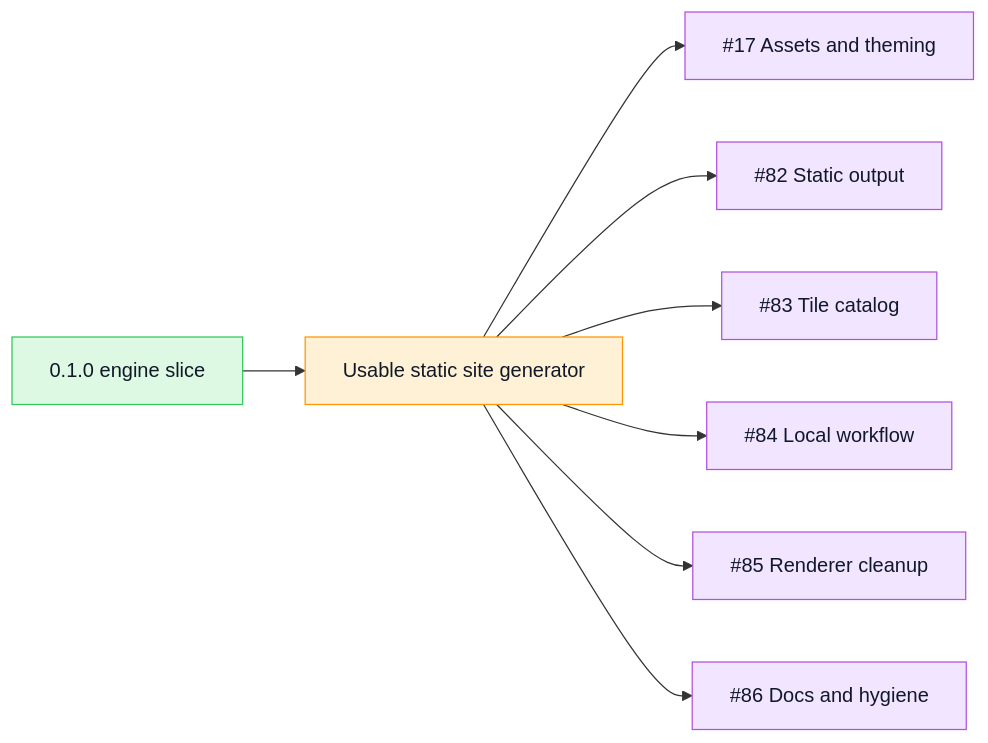
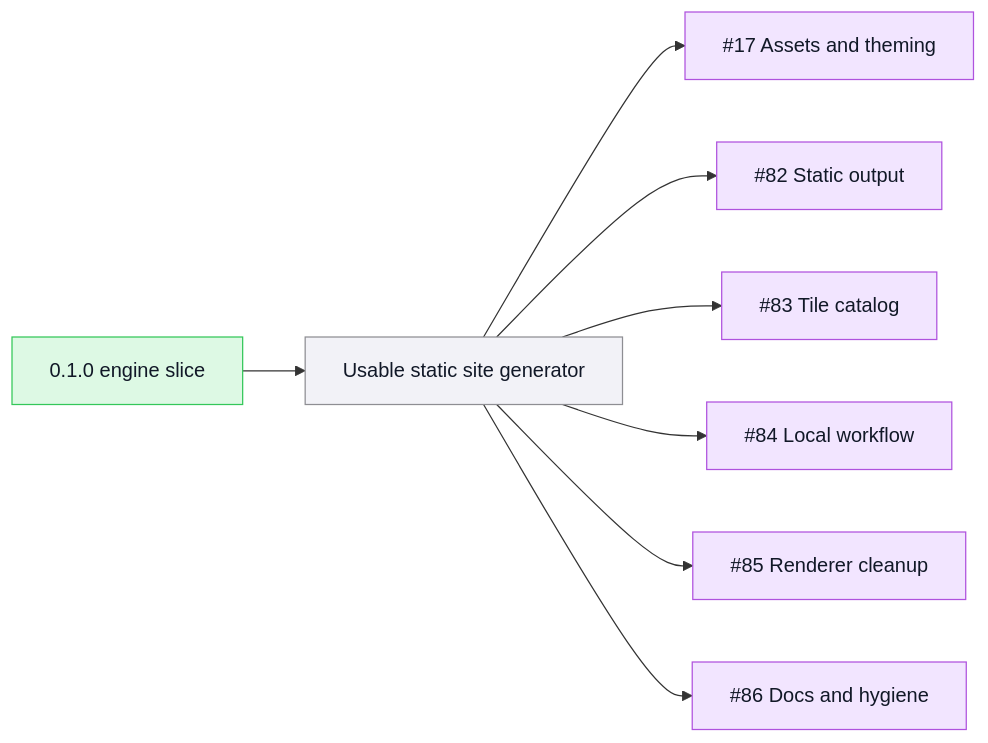
One commit to TileDown/tile-down changed the third of 9 diagrams in README.md. Above: the diagram before and after it, drawn with Mermaid. The commit also changed other lines of this file and 12 other files, not shown here.

````diff
--- a/README.md
+++ b/README.md
@@ -83,14 +87,16 @@
 ```mermaid
 flowchart LR
   Engine["0.1.0 engine slice"]:::done --> Site["Usable static site generator"]:::todo
   Site --> Assets["#17 Assets and theming"]:::epic
   Site --> Output["#82 Static output"]:::epic
   Site --> Tiles["#83 Tile catalog"]:::epic
   Site --> Workflow["#84 Local workflow"]:::epic
   Site --> Renderer["#85 Renderer cleanup"]:::epic
   Site --> Docs["#86 Docs and hygiene"]:::epic
 
   classDef done fill:#ddf9e4,stroke:#34c759,color:#111827
   classDef epic fill:#f2e5ff,stroke:#af52de,color:#111827
-  classDef todo fill:#fff1d6,stroke:#ff9500,color:#111827
+  classDef review fill:#fff8cc,stroke:#ffcc00,color:#111827
+  classDef active fill:#ffe8cc,stroke:#ff9500,color:#111827
+  classDef todo fill:#f2f2f7,stroke:#8e8e93,color:#111827
 ```
````
